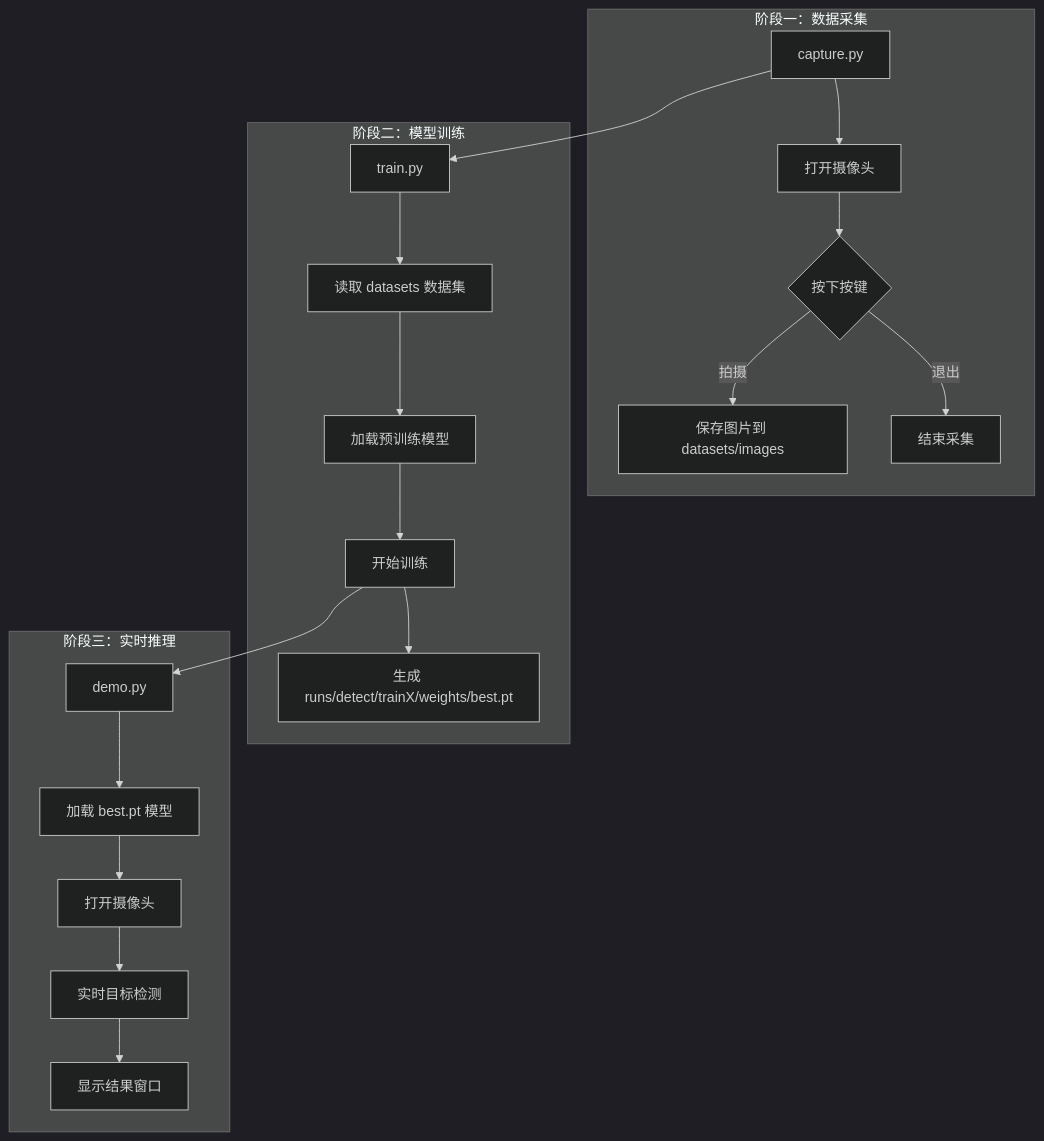
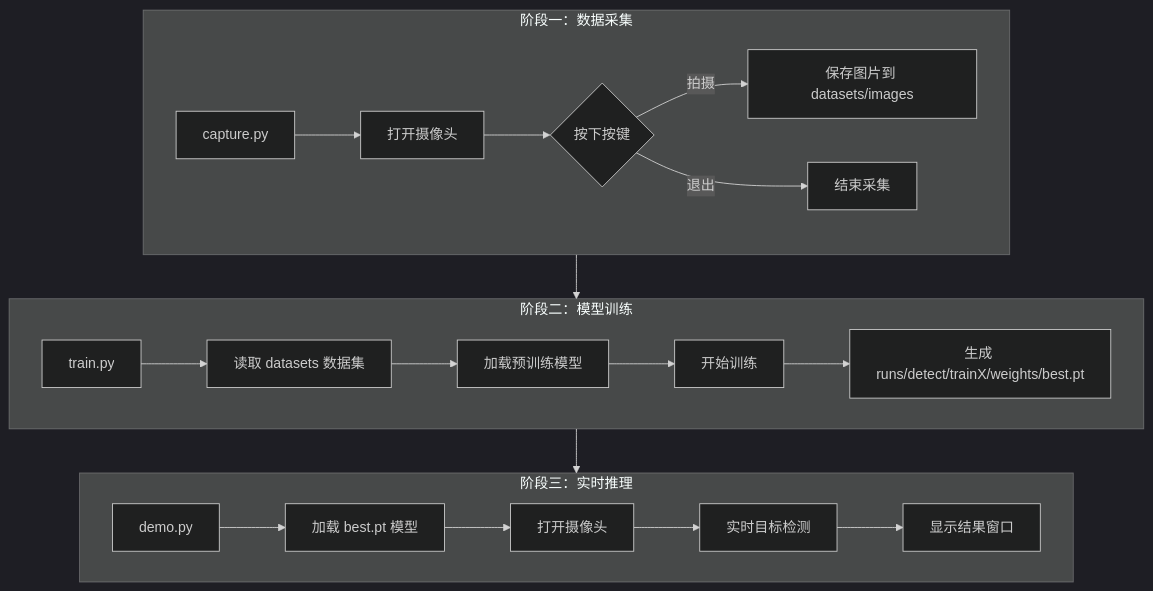
Before and after one commit to Shao-JR/Tool-Detection: the diagram in README.md, drawn with Mermaid (dark theme).

````diff
--- a/README.md
+++ b/README.md
@@ -84,26 +84,25 @@
 ```mermaid
 graph TD
     subgraph A["阶段一：数据采集"]
         A1[capture.py] --> A2[打开摄像头]
         A2 --> A3{按下按键}
         A3 -- 拍摄 --> A4[保存图片到 datasets/images]
         A3 -- 退出 --> A5[结束采集]
     end
 
     subgraph B["阶段二：模型训练"]
         F[train.py] --> G[读取 datasets 数据集]
         G --> H[加载预训练模型]
         H --> I[开始训练]
         I --> J[生成 runs/detect/trainX/weights/best.pt]
     end
 
     subgraph C["阶段三：实时推理"]
         K[demo.py] --> L[加载 best.pt 模型]
         L --> M[打开摄像头]
         M --> N[实时目标检测]
         N --> O[显示结果窗口]
     end
 
-    A1 --> F
-    I --> K
+    A --> B --> C
 ```
````
